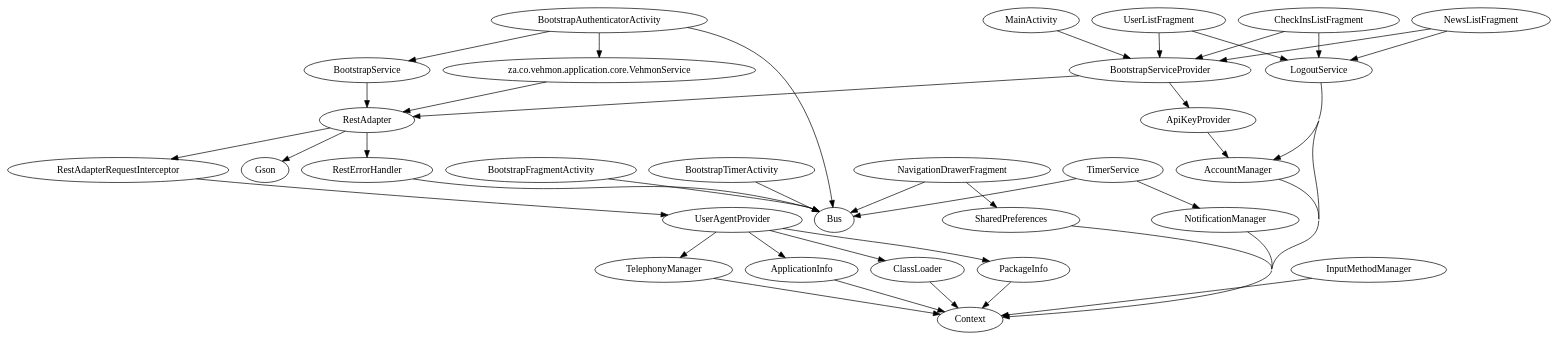
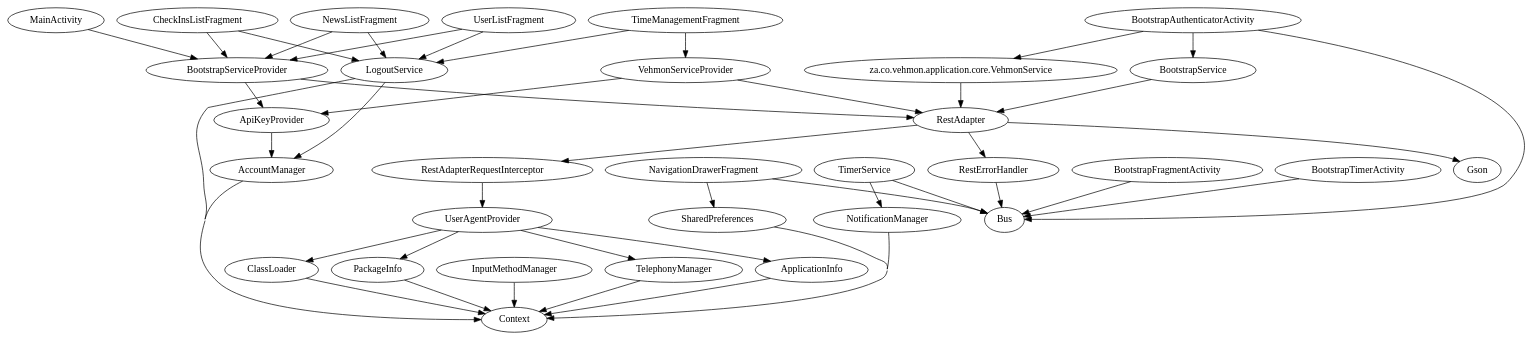
One commit to Renaldobenji/android-vehmon changed the diagram in app/build/intermediates/classes/debug/za/co/vehmon/application/RootModule.dot. Above: the diagram before and after it, drawn with Graphviz. The commit also changed 54 other files, not shown here.

```diff
--- a/app/build/intermediates/classes/debug/za/co/vehmon/application/RootModule.dot
+++ b/app/build/intermediates/classes/debug/za/co/vehmon/application/RootModule.dot
@@ -1,44 +1,48 @@
 digraph G1 {
   concentrate = true;
   AccountManager -> Context;
   ApiKeyProvider -> AccountManager;
   ApplicationInfo -> Context;
-  BootstrapAuthenticatorActivity -> BootstrapService;
   BootstrapAuthenticatorActivity -> Bus;
   n2 [label="za.co.vehmon.application.core.VehmonService"];
   BootstrapAuthenticatorActivity -> n2;
+  BootstrapAuthenticatorActivity -> BootstrapService;
   BootstrapFragmentActivity -> Bus;
   BootstrapService -> RestAdapter;
   BootstrapServiceProvider -> RestAdapter;
   BootstrapServiceProvider -> ApiKeyProvider;
   BootstrapTimerActivity -> Bus;
   CheckInsListFragment -> LogoutService;
   CheckInsListFragment -> BootstrapServiceProvider;
   ClassLoader -> Context;
   InputMethodManager -> Context;
+  LogoutService -> Context;
   LogoutService -> AccountManager;
-  LogoutService -> Context;
   MainActivity -> BootstrapServiceProvider;
   NavigationDrawerFragment -> Bus;
   NavigationDrawerFragment -> SharedPreferences;
   NewsListFragment -> LogoutService;
   NewsListFragment -> BootstrapServiceProvider;
   NotificationManager -> Context;
   PackageInfo -> Context;
   RestAdapter -> RestAdapterRequestInterceptor;
+  RestAdapter -> RestErrorHandler;
   RestAdapter -> Gson;
-  RestAdapter -> RestErrorHandler;
   RestAdapterRequestInterceptor -> UserAgentProvider;
   RestErrorHandler -> Bus;
   SharedPreferences -> Context;
   TelephonyManager -> Context;
+  TimeManagementFragment -> LogoutService;
+  TimeManagementFragment -> VehmonServiceProvider;
   TimerService -> Bus;
   TimerService -> NotificationManager;
+  UserAgentProvider -> ClassLoader;
   UserAgentProvider -> TelephonyManager;
   UserAgentProvider -> PackageInfo;
-  UserAgentProvider -> ClassLoader;
   UserAgentProvider -> ApplicationInfo;
   UserListFragment -> LogoutService;
   UserListFragment -> BootstrapServiceProvider;
+  VehmonServiceProvider -> RestAdapter;
+  VehmonServiceProvider -> ApiKeyProvider;
   n2 -> RestAdapter;
 }
```
